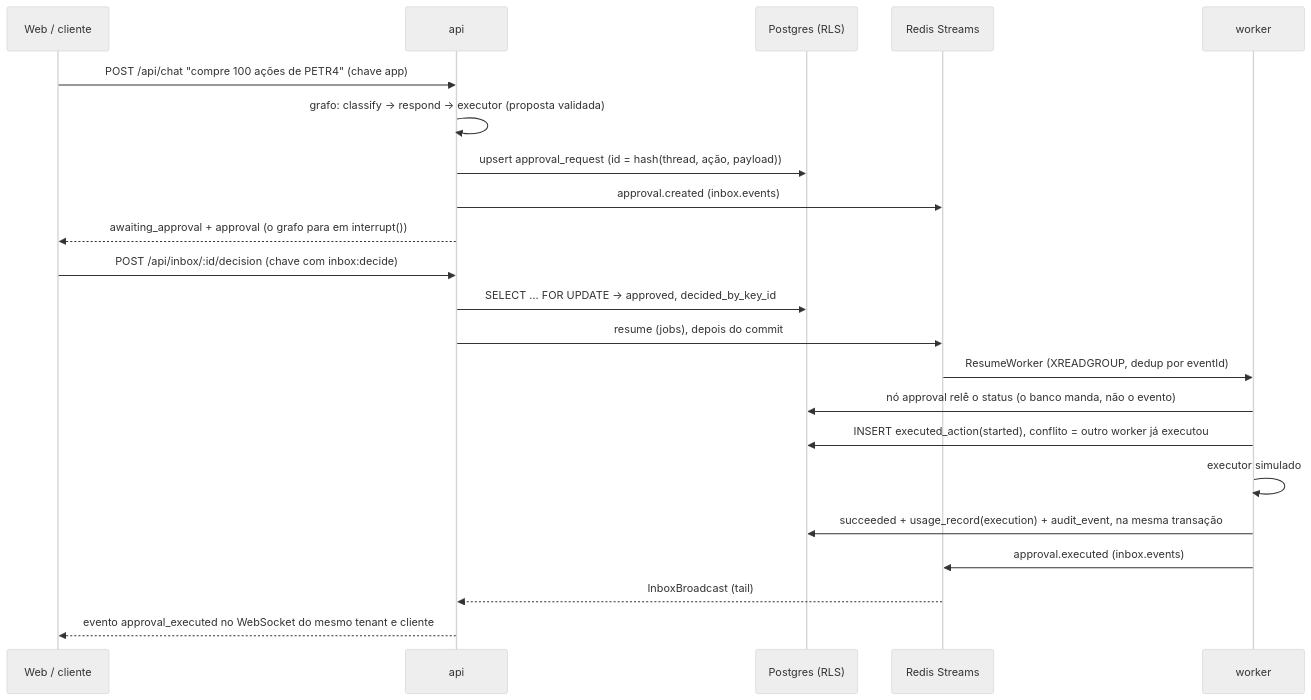
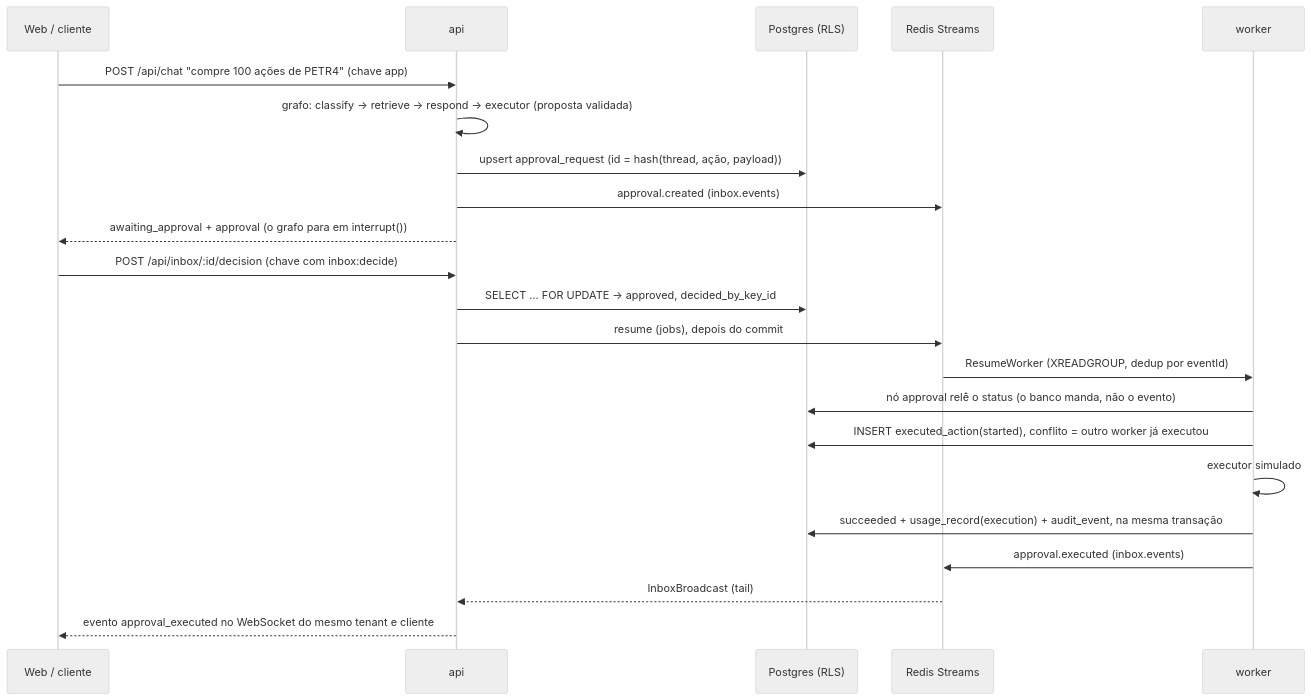
One commit to AbnerRidigolo/carina.inc changed the second of 2 diagrams in README.md. Above: the diagram before and after it, drawn with Mermaid (neutral theme). The commit also changed other lines of this file and 3 other files, not shown here.

````diff
--- a/README.md
+++ b/README.md
@@ -163,25 +167,25 @@
 ```mermaid
 sequenceDiagram
   participant W as Web / cliente
   participant A as api
   participant DB as Postgres (RLS)
   participant R as Redis Streams
   participant K as worker
 
   W->>A: POST /api/chat "compre 100 ações de PETR4" (chave app)
-  A->>A: grafo: classify → respond → executor (proposta validada)
+  A->>A: grafo: classify → retrieve → respond → executor (proposta validada)
   A->>DB: upsert approval_request (id = hash(thread, ação, payload))
   A->>R: approval.created (inbox.events)
   A-->>W: awaiting_approval + approval (o grafo para em interrupt())
   W->>A: POST /api/inbox/:id/decision (chave com inbox:decide)
   A->>DB: SELECT … FOR UPDATE → approved, decided_by_key_id
   A->>R: resume (jobs), depois do commit
   R->>K: ResumeWorker (XREADGROUP, dedup por eventId)
   K->>DB: nó approval relê o status (o banco manda, não o evento)
   K->>DB: INSERT executed_action(started), conflito = outro worker já executou
   K->>K: executor simulado
   K->>DB: succeeded + usage_record(execution) + audit_event, na mesma transação
   K->>R: approval.executed (inbox.events)
   R-->>A: InboxBroadcast (tail)
   A-->>W: evento approval_executed no WebSocket do mesmo tenant e cliente
 ```
````
